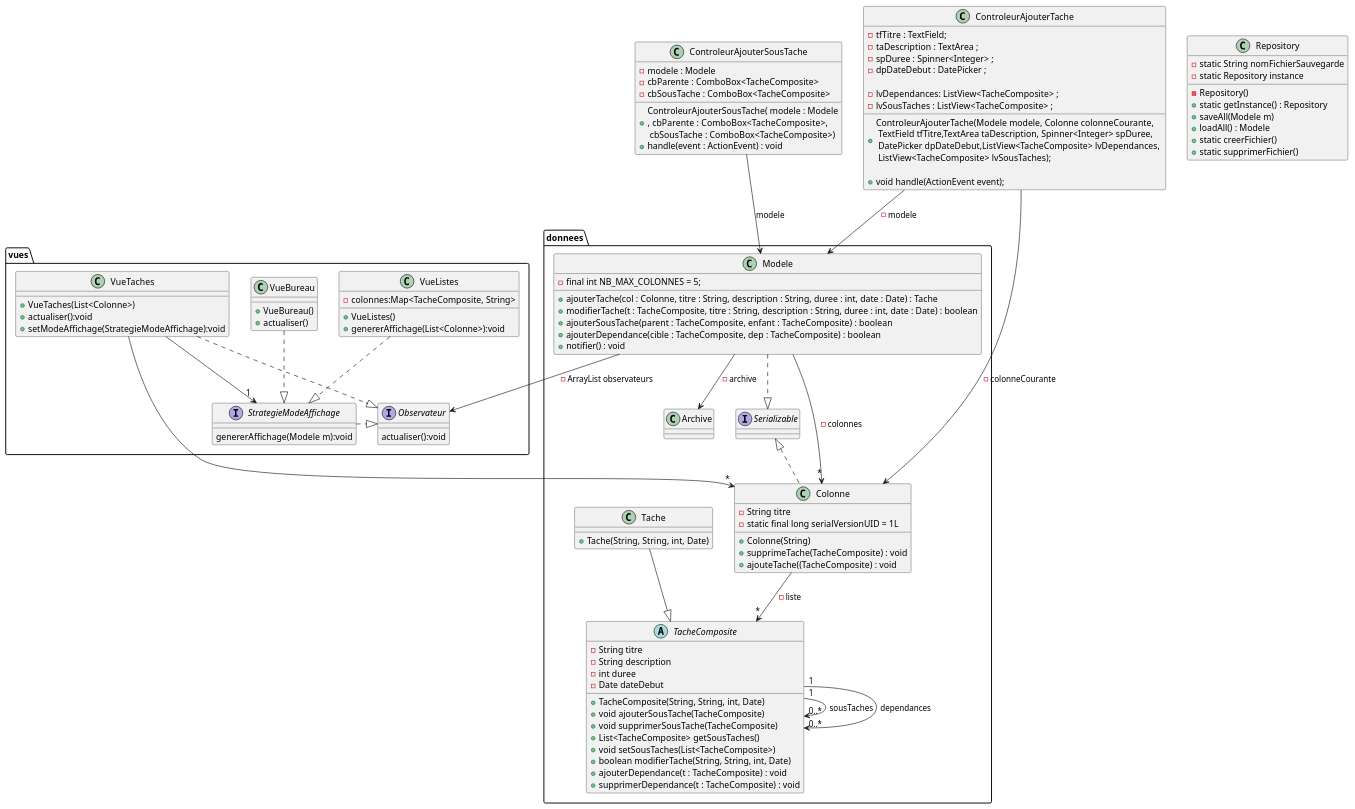
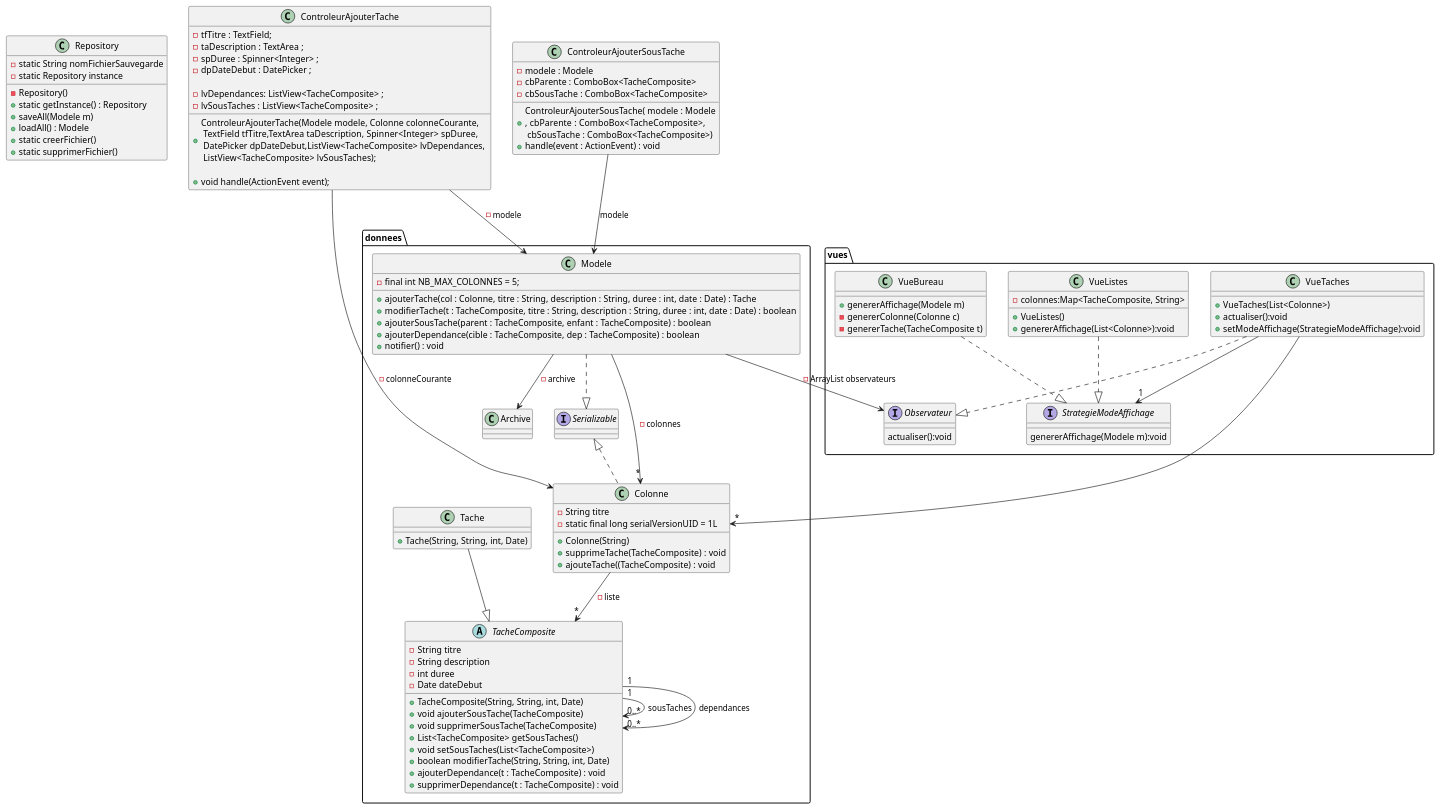
The diagram in Ollert_QDEV/diagrammes/iteration2/DiagrammClasses.puml (AlexanderCARNET/SAE_3_01_dev_application), drawn with PlantUML before and after one commit.

Commit message:
[UPDATE] maj du diagramme de classe général

```diff
--- a/Ollert_QDEV/diagrammes/iteration2/DiagrammClasses.puml
+++ b/Ollert_QDEV/diagrammes/iteration2/DiagrammClasses.puml
@@ -1,142 +1,142 @@
 @startuml
 
 package donnees {
 
     class Modele {
             - final int NB_MAX_COLONNES = 5;
 
             + ajouterTache(col : Colonne, titre : String, description : String, duree : int, date : Date) : Tache
             + modifierTache(t : TacheComposite, titre : String, description : String, duree : int, date : Date) : boolean
             + ajouterSousTache(parent : TacheComposite, enfant : TacheComposite) : boolean
             + ajouterDependance(cible : TacheComposite, dep : TacheComposite) : boolean
             + notifier() : void
 
 
         }
         Modele ..|> Serializable
         Modele --> "*" Colonne : - colonnes
 
         Modele --> Archive : - archive
 
     abstract class TacheComposite {
         - String titre
         - String description
         - int duree
         - Date dateDebut
 
         + TacheComposite(String, String, int, Date)
         + void ajouterSousTache(TacheComposite)
         + void supprimerSousTache(TacheComposite)
         + List<TacheComposite> getSousTaches()
         + void setSousTaches(List<TacheComposite>)
         + boolean modifierTache(String, String, int, Date)
 + ajouterDependance(t : TacheComposite) : void
 + supprimerDependance(t : TacheComposite) : void
     }
 
     class Tache {
         + Tache(String, String, int, Date)
     }
 
     Tache --|> TacheComposite
 
     TacheComposite "1" --> "0..*" TacheComposite : sousTaches
         TacheComposite "1" --> "0..*" TacheComposite : dependances
 
 
     interface Serializable
     class Colonne {
     - String titre
     - static final long serialVersionUID = 1L
     + Colonne(String)
     + supprimeTache(TacheComposite) : void
     + ajouteTache((TacheComposite) : void
 
     }
     Colonne -->  "*" TacheComposite : - liste
     Colonne .u.|> Serializable
 }
 
 class Repository{
     - static String nomFichierSauvegarde
     - static Repository instance
     - Repository()
     + static getInstance() : Repository
     + saveAll(Modele m)
     + loadAll() : Modele
     + static creerFichier()
     + static supprimerFichier()
 }
 
 package vues{
     interface StrategieModeAffichage{
         genererAffichage(Modele m):void
     }
 
     interface Observateur{
         actualiser():void
     }
 
     class VueListes{
         - colonnes:Map<TacheComposite, String>
 
         + VueListes()
         + genererAffichage(List<Colonne>):void
     }
 
     class VueBureau{
-        + VueBureau()
-        +actualiser()
+        +genererAffichage(Modele m)
+        - genererColonne(Colonne c)
+        - genererTache(TacheComposite t)
     }
 
     class VueTaches{
         + VueTaches(List<Colonne>)
         + actualiser():void
         + setModeAffichage(StrategieModeAffichage):void
     }
 }
 
  class ControleurAjouterTache  {
 
 
     -  tfTitre : TextField;
     - taDescription : TextArea ;
     - spDuree : Spinner<Integer> ;
     - dpDateDebut : DatePicker ;
 
     - lvDependances: ListView<TacheComposite> ;
     - lvSousTaches : ListView<TacheComposite> ;
 
     + ControleurAjouterTache(Modele modele, Colonne colonneCourante, \n TextField tfTitre,TextArea taDescription, Spinner<Integer> spDuree, \n DatePicker dpDateDebut,ListView<TacheComposite> lvDependances, \n ListView<TacheComposite> lvSousTaches);
 
     + void handle(ActionEvent event);
 
 }
 
 class ControleurAjouterSousTache{
 - modele : Modele
 - cbParente : ComboBox<TacheComposite>
 - cbSousTache : ComboBox<TacheComposite>
 + ControleurAjouterSousTache( modele : Modele\n,  cbParente : ComboBox<TacheComposite>, \n cbSousTache : ComboBox<TacheComposite>)
 + handle(event : ActionEvent) : void
 }
 
 ControleurAjouterSousTache --> Modele : modele
 
 
 
  ControleurAjouterTache --> Modele : - modele
  ControleurAjouterTache --> Colonne : -colonneCourante
 
 
 VueListes ..|> StrategieModeAffichage
 VueBureau ..|> StrategieModeAffichage
 VueTaches ..|> Observateur
 
 VueTaches --> "1" StrategieModeAffichage
 VueTaches --> "*" Colonne
 Modele --> Observateur : - ArrayList observateurs
-StrategieModeAffichage .|> Observateur
 
 
 @enduml
```
